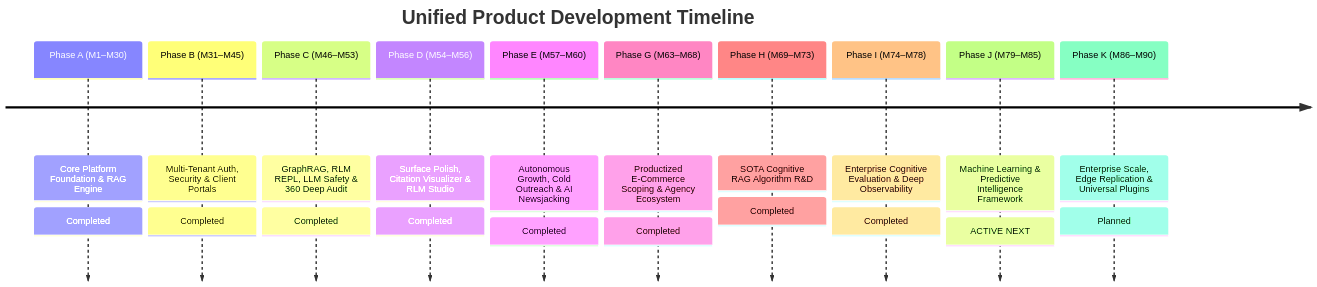
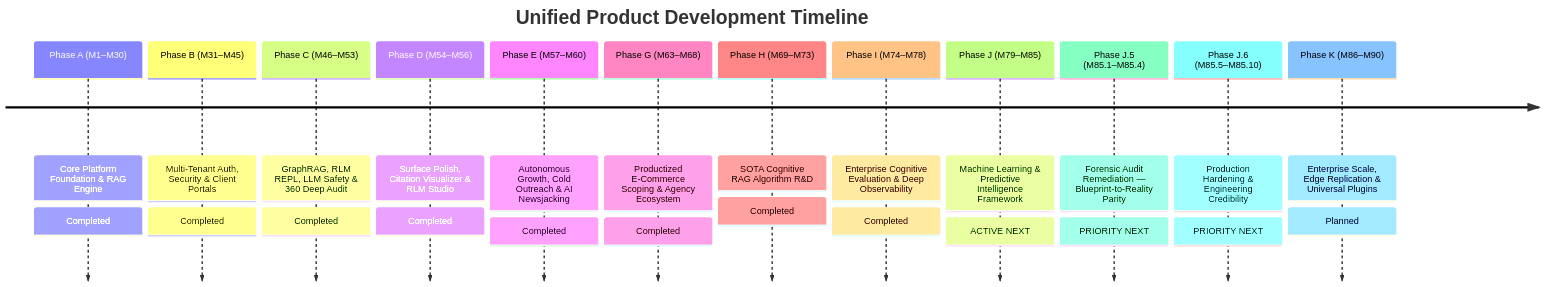
One commit to prat3010/Prateek_website changed the diagram in docs/UNIFIED_MASTER_ROADMAP.md. Above: the diagram before and after it, drawn with Mermaid. The commit also changed other lines of this file and 28 other files, not shown here.

Commit message:
feat(dashboard): client portal suite, ColBERT reranker UI, and master roadmap sync

````diff
--- a/docs/UNIFIED_MASTER_ROADMAP.md
+++ b/docs/UNIFIED_MASTER_ROADMAP.md
@@ -45,14 +45,16 @@
 ```mermaid
 timeline
     title Unified Product Development Timeline
     Phase A (M1–M30) : Core Platform Foundation & RAG Engine : Completed
     Phase B (M31–M45) : Multi-Tenant Auth, Security & Client Portals : Completed
     Phase C (M46–M53) : GraphRAG, RLM REPL, LLM Safety & 360 Deep Audit : Completed
     Phase D (M54–M56) : Surface Polish, Citation Visualizer & RLM Studio : Completed
     Phase E (M57–M60) : Autonomous Growth, Cold Outreach & AI Newsjacking : Completed
     Phase G (M63–M68) : Productized E-Commerce Scoping & Agency Ecosystem : Completed
     Phase H (M69–M73) : SOTA Cognitive RAG Algorithm R&D : Completed
     Phase I (M74–M78) : Enterprise Cognitive Evaluation & Deep Observability : Completed
     Phase J (M79–M85) : Machine Learning & Predictive Intelligence Framework : ACTIVE NEXT
+    Phase J.5 (M85.1–M85.4) : Forensic Audit Remediation — Blueprint-to-Reality Parity : PRIORITY NEXT
+    Phase J.6 (M85.5–M85.10) : Production Hardening & Engineering Credibility : PRIORITY NEXT
     Phase K (M86–M90) : Enterprise Scale, Edge Replication & Universal Plugins : Planned
 ```
````
